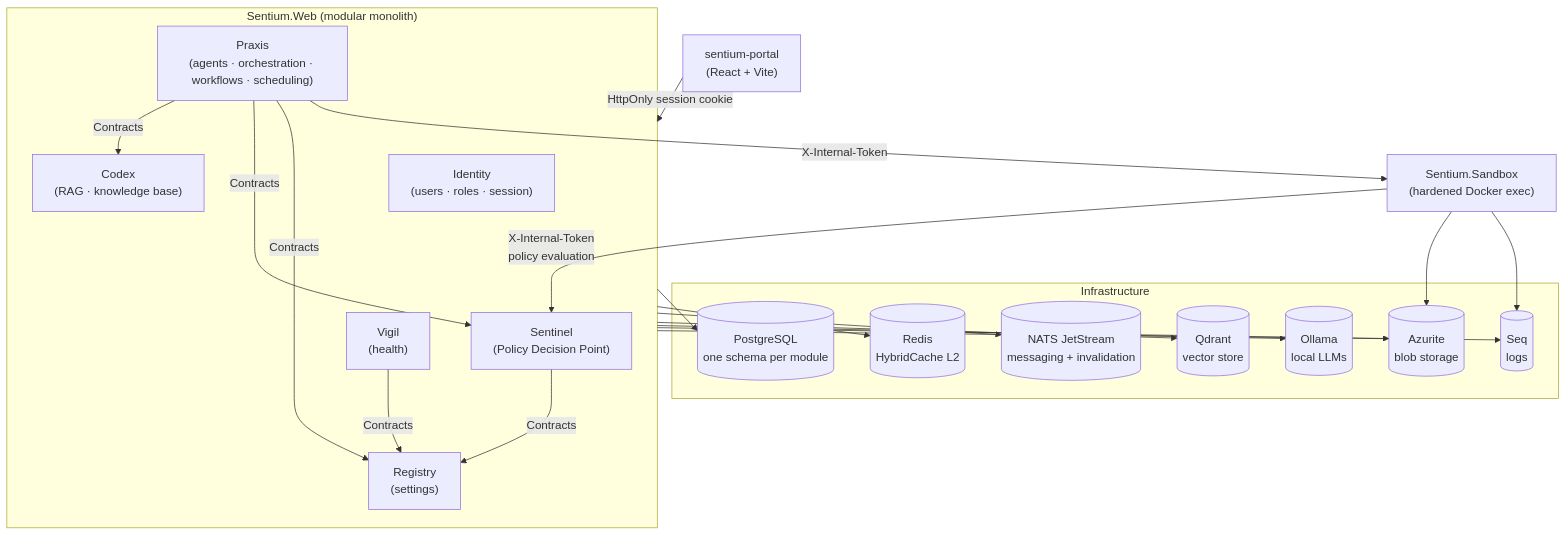
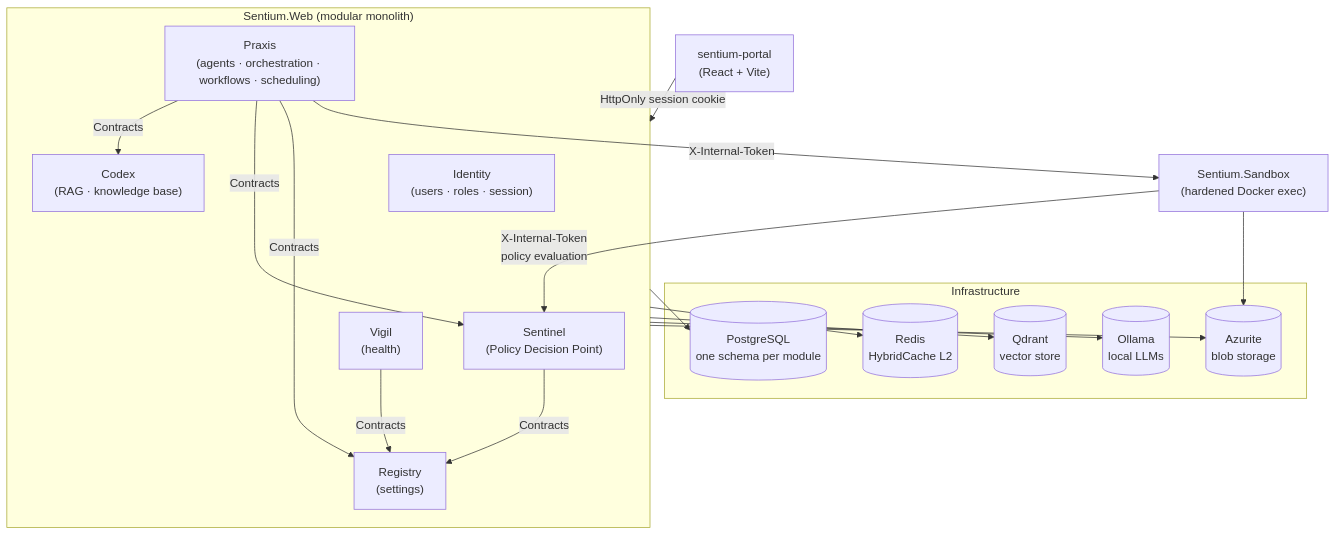
One commit to mihailshterev/sentium changed the diagram in README.md. Above: the diagram before and after it, drawn with Mermaid. The commit also changed other lines of this file and 90 other files, not shown here.

````diff
--- a/README.md
+++ b/README.md
@@ -49,35 +49,33 @@
 ```mermaid
 flowchart TB
     Portal["sentium-portal<br/>(React + Vite)"]
 
     Portal -->|HttpOnly session cookie| Web
 
     subgraph Web["Sentium.Web (modular monolith)"]
         Identity["Identity<br/>(users · roles · session)"]
         Praxis["Praxis<br/>(agents · orchestration · workflows · scheduling)"]
         Codex["Codex<br/>(RAG · knowledge base)"]
         Sentinel["Sentinel<br/>(Policy Decision Point)"]
         Registry["Registry<br/>(settings)"]
         Vigil["Vigil<br/>(health)"]
     end
 
     Praxis -->|Contracts| Codex & Sentinel & Registry
     Sentinel -->|Contracts| Registry
     Vigil -->|Contracts| Registry
 
     Praxis -->|X-Internal-Token| Sandbox["Sentium.Sandbox<br/>(hardened Docker exec)"]
     Sandbox -->|X-Internal-Token<br/>policy evaluation| Sentinel
 
     subgraph Infrastructure
         PG[("PostgreSQL<br/>one schema per module")]
         Redis[("Redis<br/>HybridCache L2")]
-        NATS[("NATS JetStream<br/>messaging + invalidation")]
         Qdrant[("Qdrant<br/>vector store")]
         Ollama[("Ollama<br/>local LLMs")]
         Blobs[("Azurite<br/>blob storage")]
-        Seq[("Seq<br/>logs")]
     end
 
-    Web --> PG & Redis & NATS & Qdrant & Ollama & Blobs & Seq
-    Sandbox --> Blobs & Seq
+    Web --> PG & Redis & Qdrant & Ollama & Blobs
+    Sandbox --> Blobs
 ```
````
